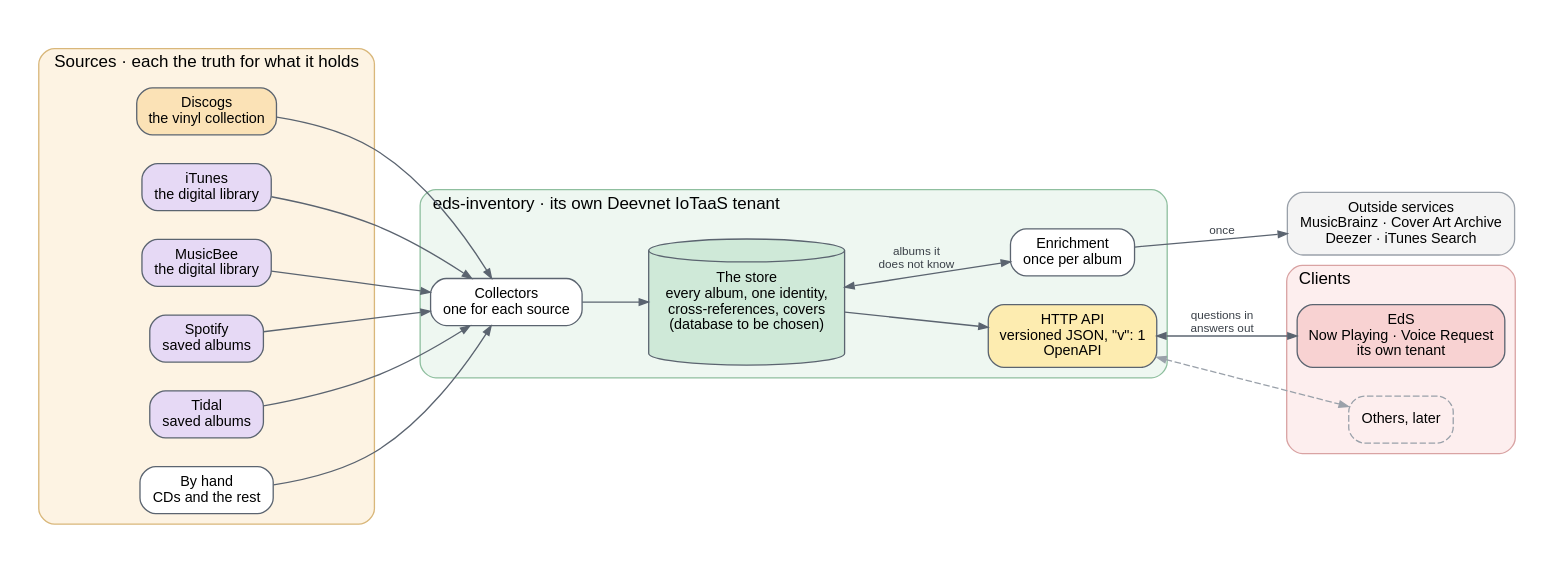
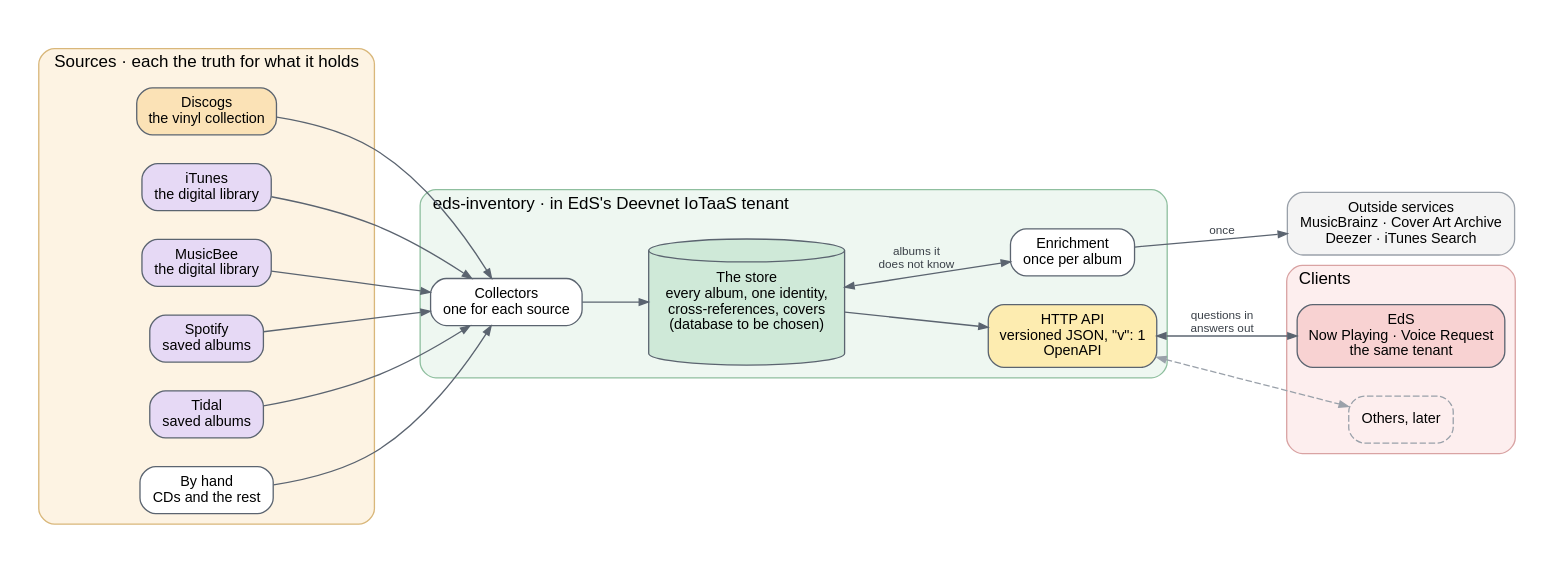
The diagram in docs/content/docs/architecture/system/system.dot (cdeever/eds-inventory), drawn with Graphviz before and after one commit. The commit also changed 5 other files, not shown here.

```diff
--- a/docs/content/docs/architecture/system/system.dot
+++ b/docs/content/docs/architecture/system/system.dot
@@ -1,48 +1,48 @@
 // eds-inventory: sources, store and clients. Drawn by GraphViz:
 //
 //   make -C docs diagrams
 //
 // writes system.svg beside this file, and both are committed: the site is
 // built by Hugo alone, which does not run dot. Styles follow EdS's pictures.
 digraph inventory {
     graph [rankdir=LR, bgcolor="white", pad=0.3, nodesep=0.3, ranksep=0.7,
            fontname="Helvetica,Arial,sans-serif", fontsize=13, newrank=true];
     node  [shape=box, style="rounded,filled", fillcolor="white", color="#5b6470",
            fontname="Helvetica,Arial,sans-serif", fontsize=11, margin="0.14,0.08"];
     edge  [color="#5b6470", fontname="Helvetica,Arial,sans-serif", fontsize=9,
            fontcolor="#3a4048", arrowsize=0.7];
 
     subgraph cluster_sources {
         label="Sources · each the truth for what it holds"; labeljust=l; style="rounded,filled"; fillcolor="#fdf3e3"; color="#d9b77a";
         discogs  [label="Discogs\nthe vinyl collection", fillcolor="#fbe2b6"];
         itunes   [label="iTunes\nthe digital library", fillcolor="#e6d9f5"];
         musicbee [label="MusicBee\nthe digital library", fillcolor="#e6d9f5"];
         spotify  [label="Spotify\nsaved albums", fillcolor="#e6d9f5"];
         tidal    [label="Tidal\nsaved albums", fillcolor="#e6d9f5"];
         manual   [label="By hand\nCDs and the rest"];
     }
 
     subgraph cluster_tenant {
-        label="eds-inventory · its own Deevnet IoTaaS tenant"; labeljust=l; style="rounded,filled"; fillcolor="#eef7f1"; color="#8fbf9f";
+        label="eds-inventory · in EdS's Deevnet IoTaaS tenant"; labeljust=l; style="rounded,filled"; fillcolor="#eef7f1"; color="#8fbf9f";
         collect [label="Collectors\none for each source"];
         store   [label="The store\nevery album, one identity,\ncross-references, covers\n(database to be chosen)", shape=cylinder, fillcolor="#cfe9d8", margin="0.2,0.15"];
         enrich  [label="Enrichment\nonce per album"];
         api     [label="HTTP API\nversioned JSON, \"v\": 1\nOpenAPI", fillcolor="#fdecb0"];
     }
 
     outside [label="Outside services\nMusicBrainz · Cover Art Archive\nDeezer · iTunes Search", fillcolor="#f4f4f4", color="#9aa1aa"];
 
     subgraph cluster_clients {
         label="Clients"; labeljust=l; style="rounded,filled"; fillcolor="#fdeeee"; color="#d9a3a3";
-        eds    [label="EdS\nNow Playing · Voice Request\nits own tenant", fillcolor="#f8d2d2"];
+        eds    [label="EdS\nNow Playing · Voice Request\nthe same tenant", fillcolor="#f8d2d2"];
         others [label="Others, later", style="rounded,dashed", color="#9aa1aa"];
     }
 
     { discogs; itunes; musicbee; spotify; tidal; manual } -> collect;
     collect -> store;
     store   -> enrich [dir=both, label="albums it\ndoes not know"];
     enrich  -> outside [label="once"];
     store   -> api;
     api     -> eds    [dir=both, label="questions in\nanswers out"];
     api     -> others [dir=both, style=dashed, color="#9aa1aa"];
 }
```
